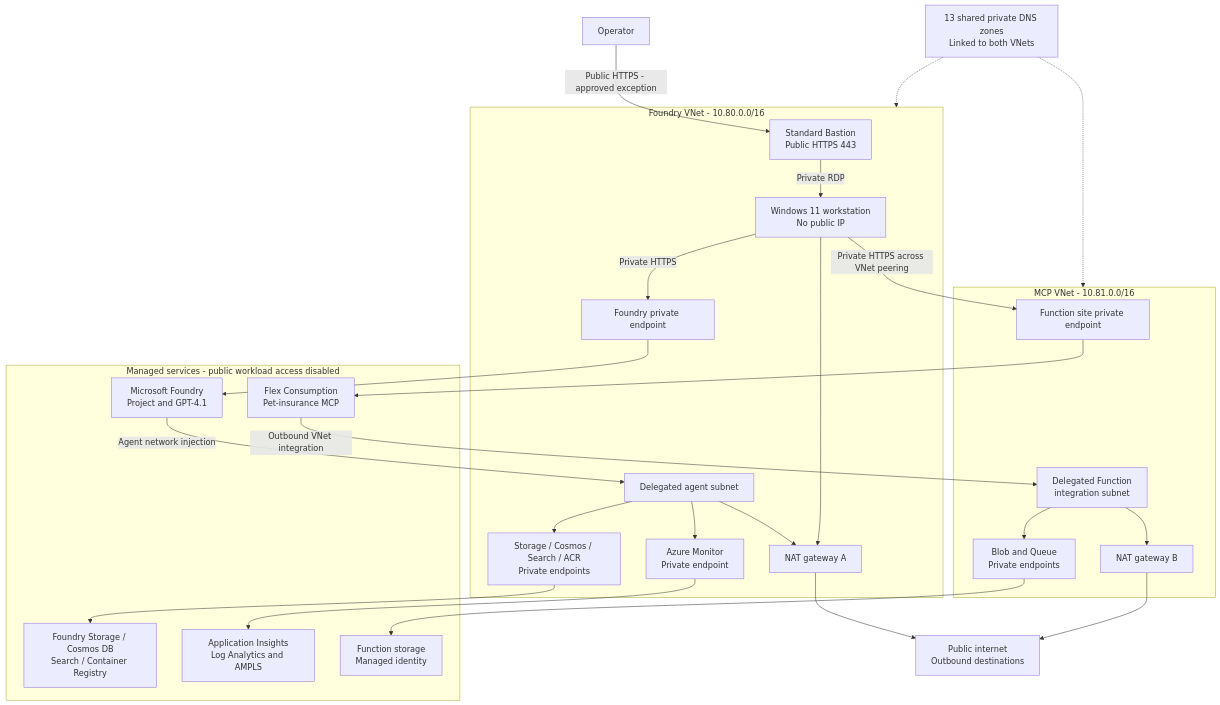
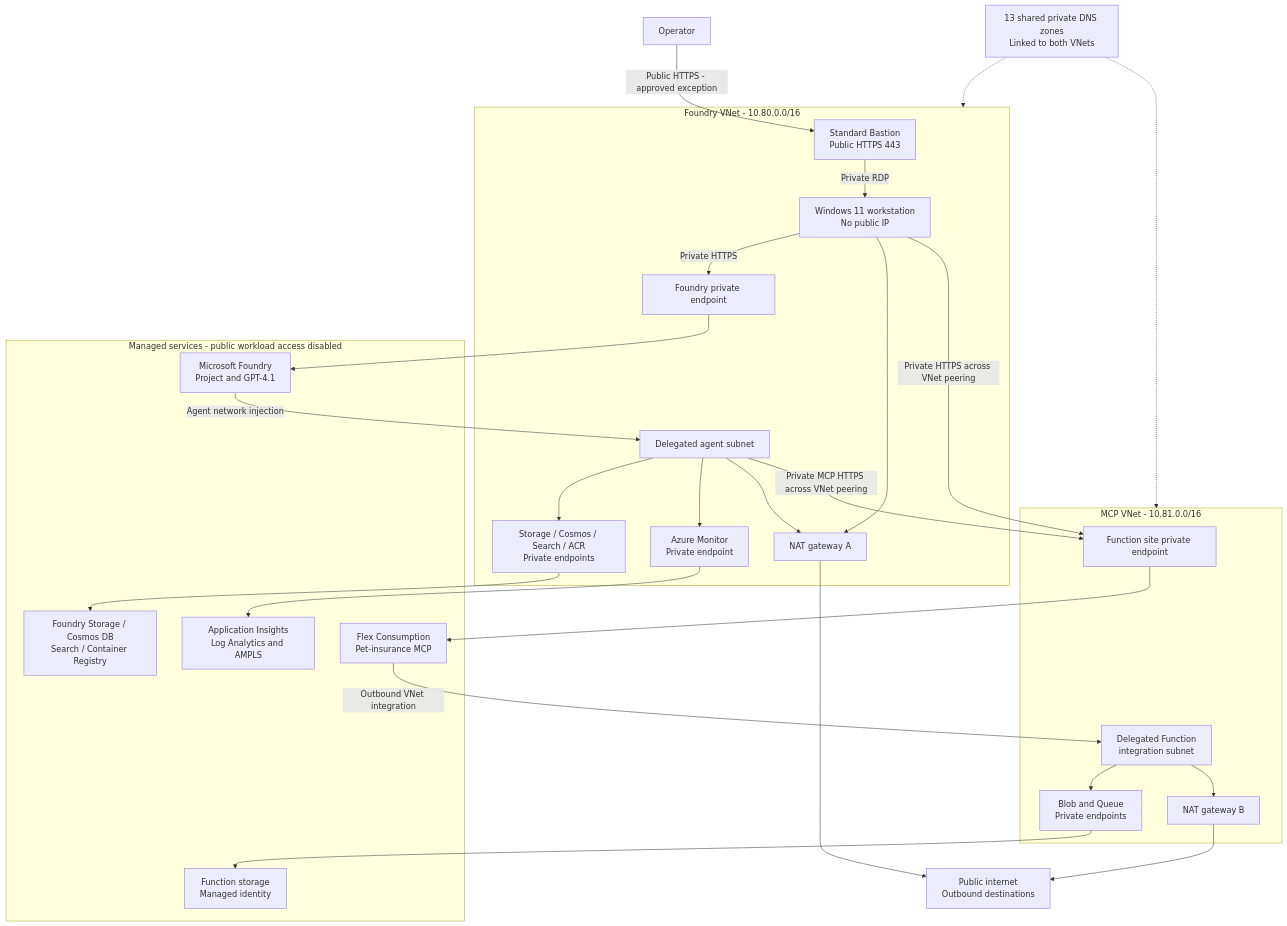
One commit to georgeollis/foundry-agent-service-remote-mcp changed the diagram in README.md. Above: the diagram before and after it, drawn with Mermaid. The commit also changed other lines of this file and 3 other files, not shown here.

Commit message:
Remove private MCP restriction claims and show agent connectivity

````diff
--- a/README.md
+++ b/README.md
@@ -34,53 +29,54 @@
 ```mermaid
 flowchart TB
     operator["Operator"]
     internet["Public internet<br/>Outbound destinations"]
     dns["13 shared private DNS zones<br/>Linked to both VNets"]
 
     subgraph foundryVnet["Foundry VNet - 10.80.0.0/16"]
         bastion["Standard Bastion<br/>Public HTTPS 443"]
         vm["Windows 11 workstation<br/>No public IP"]
         agent["Delegated agent subnet"]
         foundryPe["Foundry private endpoint"]
         dependencyPe["Storage / Cosmos / Search / ACR<br/>Private endpoints"]
         monitorPe["Azure Monitor<br/>Private endpoint"]
         natA["NAT gateway A"]
         bastion -->|"Private RDP"| vm
         vm -->|"Private HTTPS"| foundryPe
         agent --> dependencyPe
         agent --> monitorPe
         agent --> natA
         vm --> natA
     end
 
     subgraph mcpVnet["MCP VNet - 10.81.0.0/16"]
         mcpPe["Function site private endpoint"]
         storagePe["Blob and Queue<br/>Private endpoints"]
         integration["Delegated Function<br/>integration subnet"]
         natB["NAT gateway B"]
         integration --> storagePe
         integration --> natB
     end
 
     subgraph managed["Managed services - public workload access disabled"]
         foundry["Microsoft Foundry<br/>Project and GPT-4.1"]
         dependencies["Foundry Storage / Cosmos DB<br/>Search / Container Registry"]
         monitor["Application Insights<br/>Log Analytics and AMPLS"]
         func["Flex Consumption<br/>Pet-insurance MCP"]
         storage["Function storage<br/>Managed identity"]
     end
 
     operator -->|"Public HTTPS - approved exception"| bastion
     vm -->|"Private HTTPS across VNet peering"| mcpPe
+    agent -->|"Private MCP HTTPS across VNet peering"| mcpPe
     foundryPe --> foundry
     foundry -->|"Agent network injection"| agent
     dependencyPe --> dependencies
     monitorPe --> monitor
     mcpPe --> func
     func -->|"Outbound VNet integration"| integration
     storagePe --> storage
     natA --> internet
     natB --> internet
     dns -.-> foundryVnet
     dns -.-> mcpVnet
 ```
````
